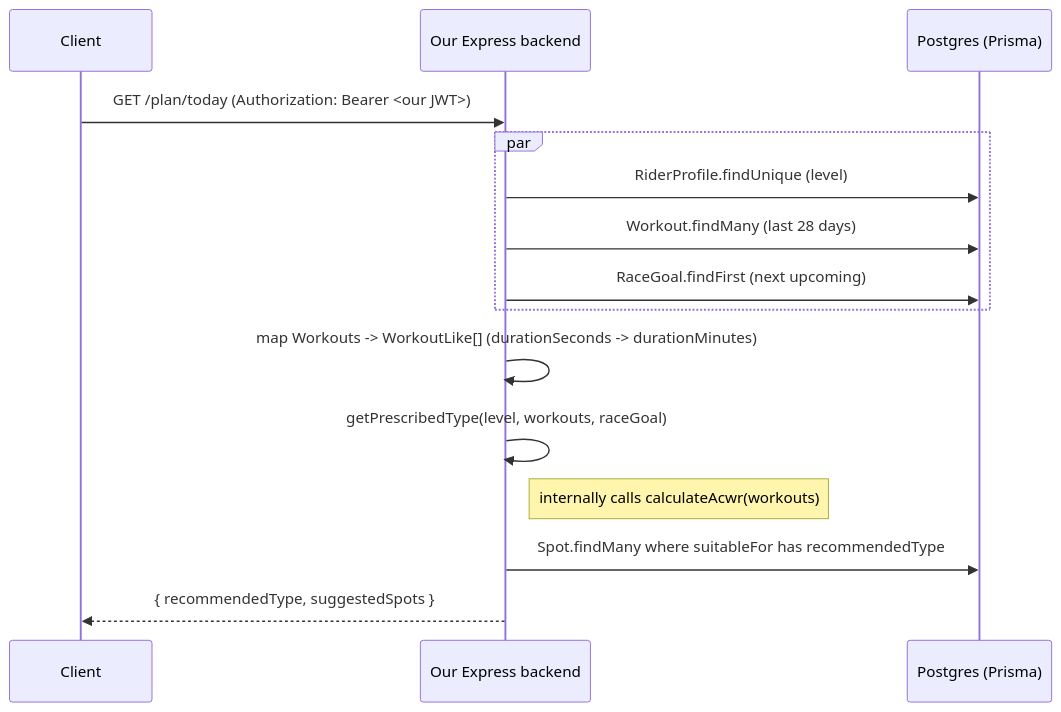
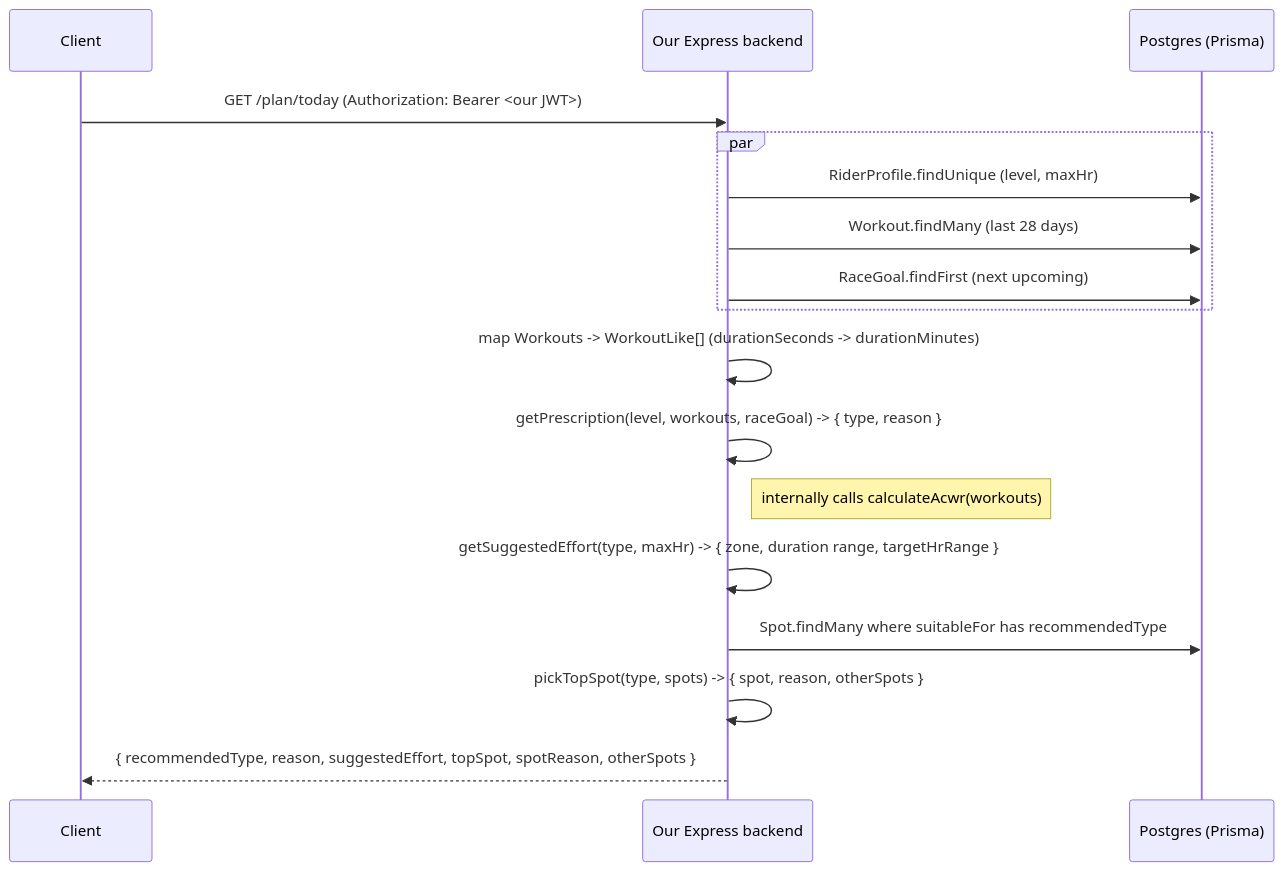
One commit to justrovilsurio/cycling-app changed the diagram in backend/docs/plan-matching.md. Above: the diagram before and after it, drawn with Mermaid. The commit also changed other lines of this file and 15 other files, not shown here.

````diff
--- a/backend/docs/plan-matching.md
+++ b/backend/docs/plan-matching.md
@@ -12,18 +12,20 @@
 ```mermaid
 sequenceDiagram
     participant C as Client
     participant S as Our Express backend
     participant DB as Postgres (Prisma)
 
     C->>S: GET /plan/today (Authorization: Bearer <our JWT>)
     par
-        S->>DB: RiderProfile.findUnique (level)
+        S->>DB: RiderProfile.findUnique (level, maxHr)
         S->>DB: Workout.findMany (last 28 days)
         S->>DB: RaceGoal.findFirst (next upcoming)
     end
     S->>S: map Workouts -> WorkoutLike[] (durationSeconds -> durationMinutes)
-    S->>S: getPrescribedType(level, workouts, raceGoal)
+    S->>S: getPrescription(level, workouts, raceGoal) -> { type, reason }
     Note right of S: internally calls calculateAcwr(workouts)
+    S->>S: getSuggestedEffort(type, maxHr) -> { zone, duration range, targetHrRange }
     S->>DB: Spot.findMany where suitableFor has recommendedType
-    S-->>C: { recommendedType, suggestedSpots }
+    S->>S: pickTopSpot(type, spots) -> { spot, reason, otherSpots }
+    S-->>C: { recommendedType, reason, suggestedEffort, topSpot, spotReason, otherSpots }
 ```
````
